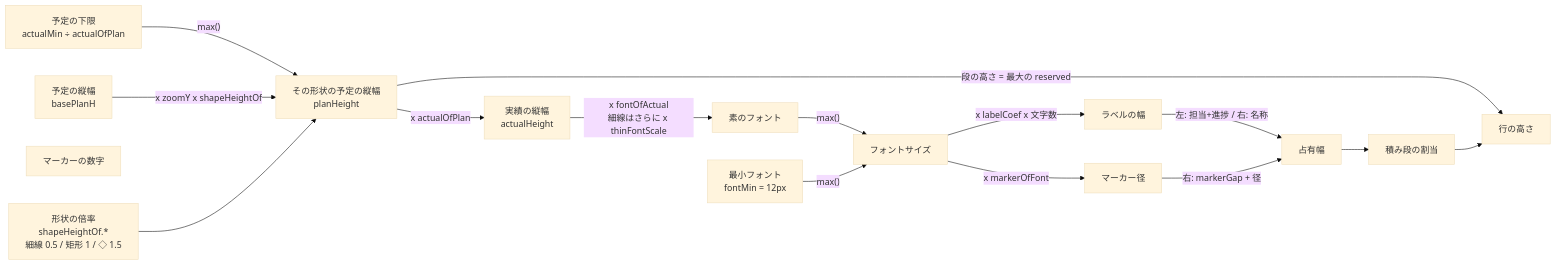
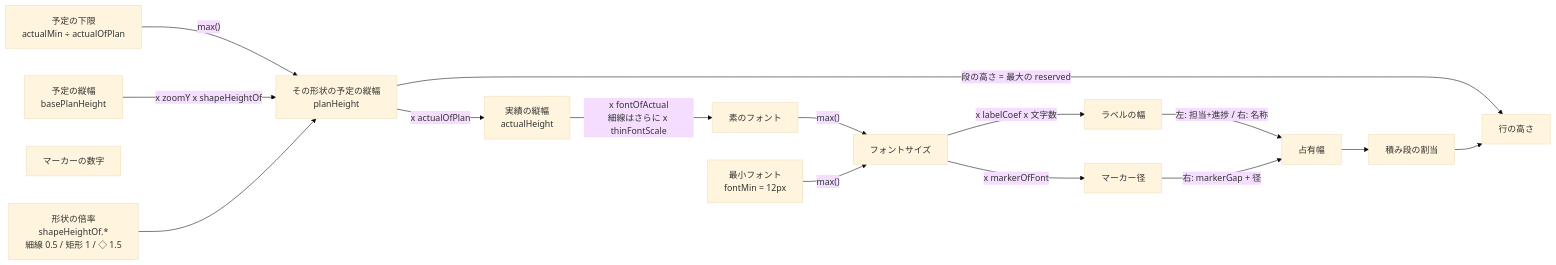
One commit to GoodRelax/gr-scheduler changed the first of 3 diagrams in handover/03-ui-naming/handover-ui-detail-spec-ja.md. Above: the diagram before and after it, drawn with Mermaid (base theme). The commit also changed other lines of this file and 12 other files, not shown here.

````diff
--- a/handover/03-ui-naming/handover-ui-detail-spec-ja.md
+++ b/handover/03-ui-naming/handover-ui-detail-spec-ja.md
@@ -558,32 +558,32 @@
 ```mermaid
 graph LR
-    basePlanH["予定の縦幅<br/>basePlanH"]
+    basePlanHeight["予定の縦幅<br/>basePlanHeight"]
     shapeHeightOf["形状の倍率<br/>shapeHeightOf.*<br/>細線 0.5 / 矩形 1 / ◇ 1.5"]
     planHeight["その形状の予定の縦幅<br/>planHeight"]
     actualHeight["実績の縦幅<br/>actualHeight"]
     fontRaw["素のフォント"]
     fontMin["最小フォント<br/>fontMin = 12px"]
     fontSize["フォントサイズ"]
     markText["マーカーの数字"]
     markerSize["マーカー径"]
     labelW["ラベルの幅"]
     occW["占有幅"]
     stackCount["積み段の割当"]
     rowH["行の高さ"]
 
     planFloor["予定の下限<br/>actualMin ÷ actualOfPlan"]
     planFloor -- "max()" --> planHeight
-    basePlanH -- "x zoomY x shapeHeightOf" --> planHeight
+    basePlanHeight -- "x zoomY x shapeHeightOf" --> planHeight
     shapeHeightOf --> planHeight
     planHeight -- "x actualOfPlan" --> actualHeight
     actualHeight -- "x fontOfActual<br/>細線はさらに x thinFontScale" --> fontRaw
     fontRaw -- "max()" --> fontSize
     fontMin -- "max()" --> fontSize
     fontSize -- "x markerOfFont" --> markerSize
     fontSize -- "x labelCoef x 文字数" --> labelW
     labelW -- "左: 担当+進捗 / 右: 名称" --> occW
     markerSize -- "右: markerGap + 径" --> occW
     occW --> stackCount
     planHeight -- "段の高さ = 最大の reserved" --> rowH
     stackCount --> rowH
 ```
````
